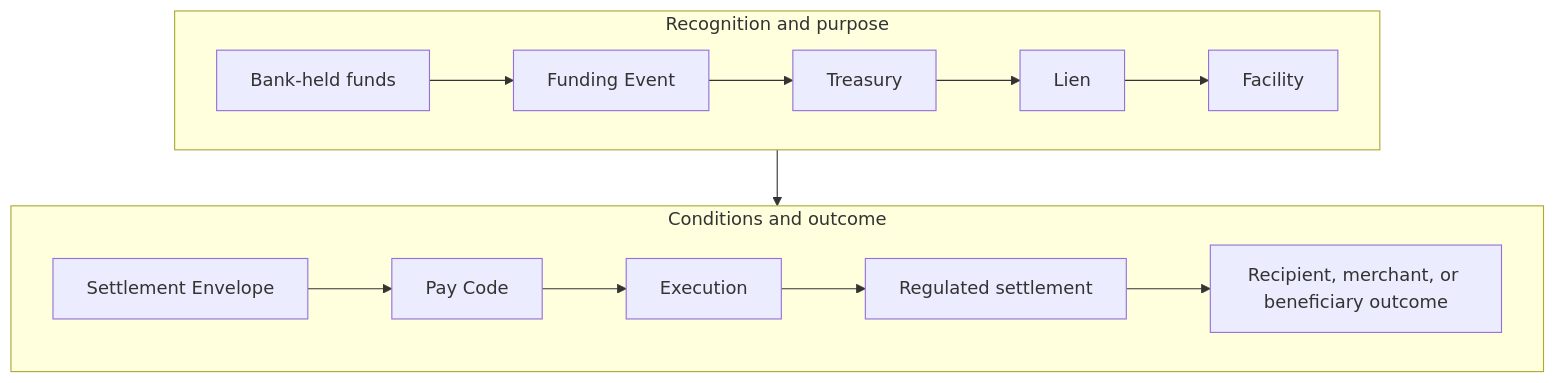
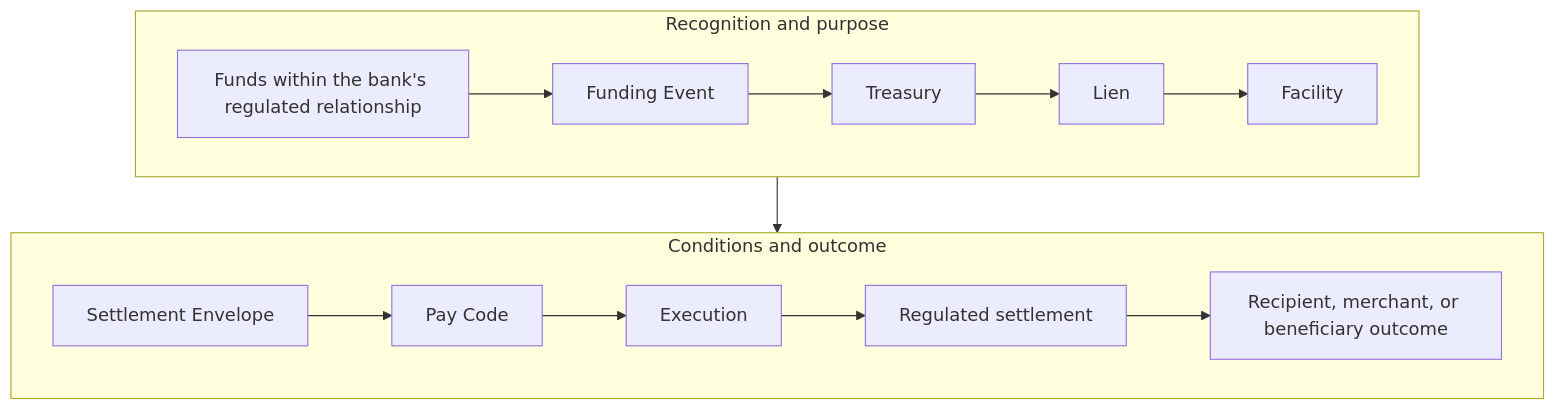
Diagram 17 of 25 in docs/editorial/program-guides/rbap/rbap-digital-banking-program-guide.md (3neti/x-change-monographs), drawn with Mermaid before and after one commit. The commit also changed other lines of this file and 7 other files, not shown here.

````diff
--- a/docs/editorial/program-guides/rbap/rbap-digital-banking-program-guide.md
+++ b/docs/editorial/program-guides/rbap/rbap-digital-banking-program-guide.md
@@ -1918,12 +1928,12 @@
 ```mermaid
 flowchart TB
     subgraph Recognition["Recognition and purpose"]
         direction LR
-        Funds["Bank-held funds"] --> FE["Funding Event"] --> Treasury["Treasury"] --> Lien["Lien"] --> Facility["Facility"]
+        Funds["Funds within the bank's regulated relationship"] --> FE["Funding Event"] --> Treasury["Treasury"] --> Lien["Lien"] --> Facility["Facility"]
     end
     subgraph Delivery["Conditions and outcome"]
         direction LR
         Envelope["Settlement Envelope"] --> PayCode["Pay Code"] --> Execution["Execution"] --> Settlement["Regulated settlement"] --> Outcome["Recipient, merchant, or beneficiary outcome"]
     end
     Facility --> Envelope
 ```
````
